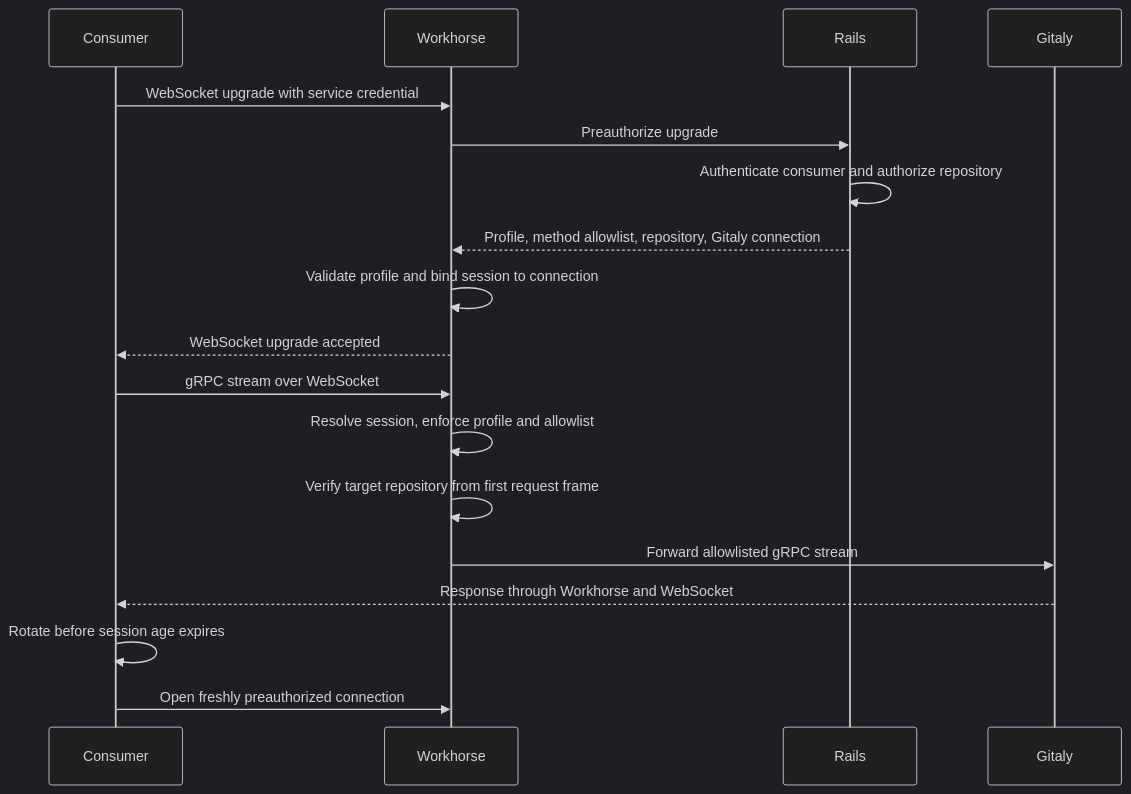
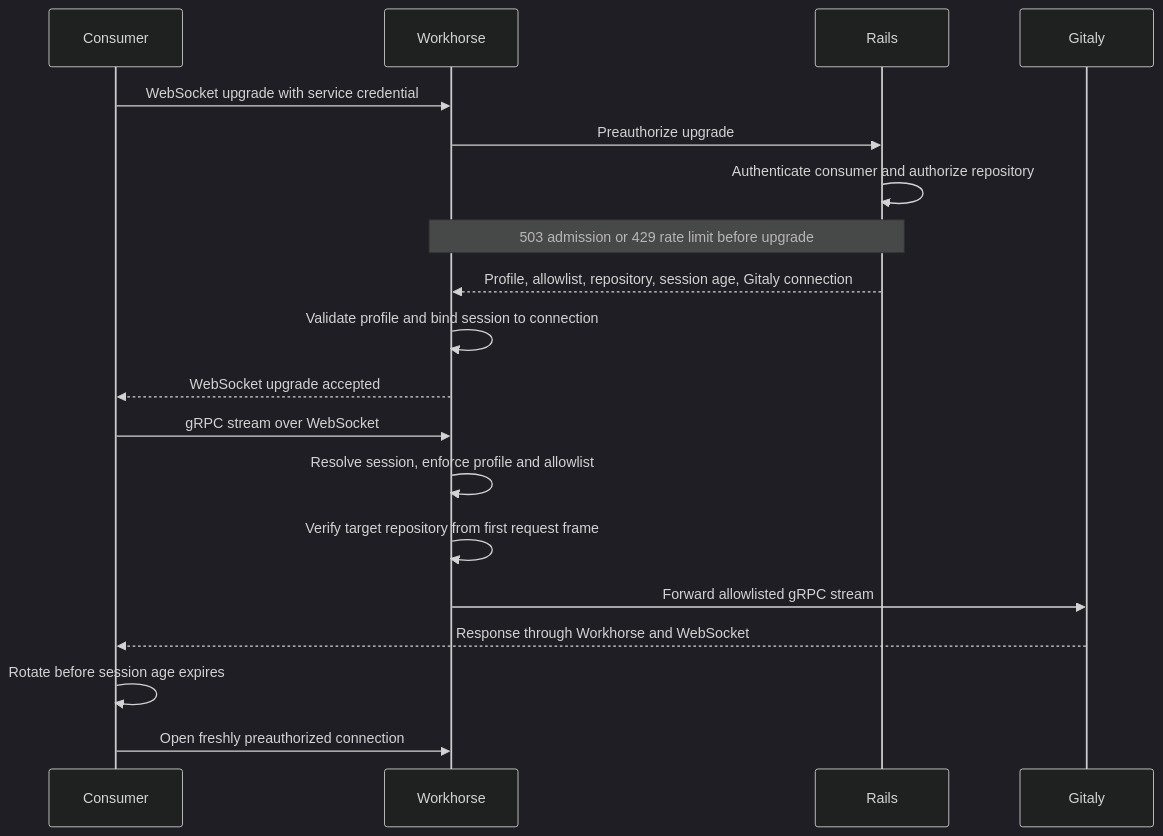
Before and after one commit to gitlabhq/orbit-knowledge-graph: the diagram in docs/design-documents/decisions/018_gitaly_proxy_in_workhorse.md, drawn with Mermaid (dark theme). The commit also changed other lines of this file, not shown here.

````diff
--- a/docs/design-documents/decisions/018_gitaly_proxy_in_workhorse.md
+++ b/docs/design-documents/decisions/018_gitaly_proxy_in_workhorse.md
@@ -35,21 +36,22 @@
 ```mermaid
 sequenceDiagram
     participant C as Consumer
     participant W as Workhorse
     participant R as Rails
     participant G as Gitaly
 
     C->>W: WebSocket upgrade with service credential
     W->>R: Preauthorize upgrade
     R->>R: Authenticate consumer and authorize repository
-    R-->>W: Profile, method allowlist, repository, Gitaly connection
+    Note over W,R: 503 admission or 429 rate limit before upgrade
+    R-->>W: Profile, allowlist, repository, session age, Gitaly connection
     W->>W: Validate profile and bind session to connection
     W-->>C: WebSocket upgrade accepted
     C->>W: gRPC stream over WebSocket
     W->>W: Resolve session, enforce profile and allowlist
     W->>W: Verify target repository from first request frame
     W->>G: Forward allowlisted gRPC stream
     G-->>C: Response through Workhorse and WebSocket
     C->>C: Rotate before session age expires
     C->>W: Open freshly preauthorized connection
 ```
````
